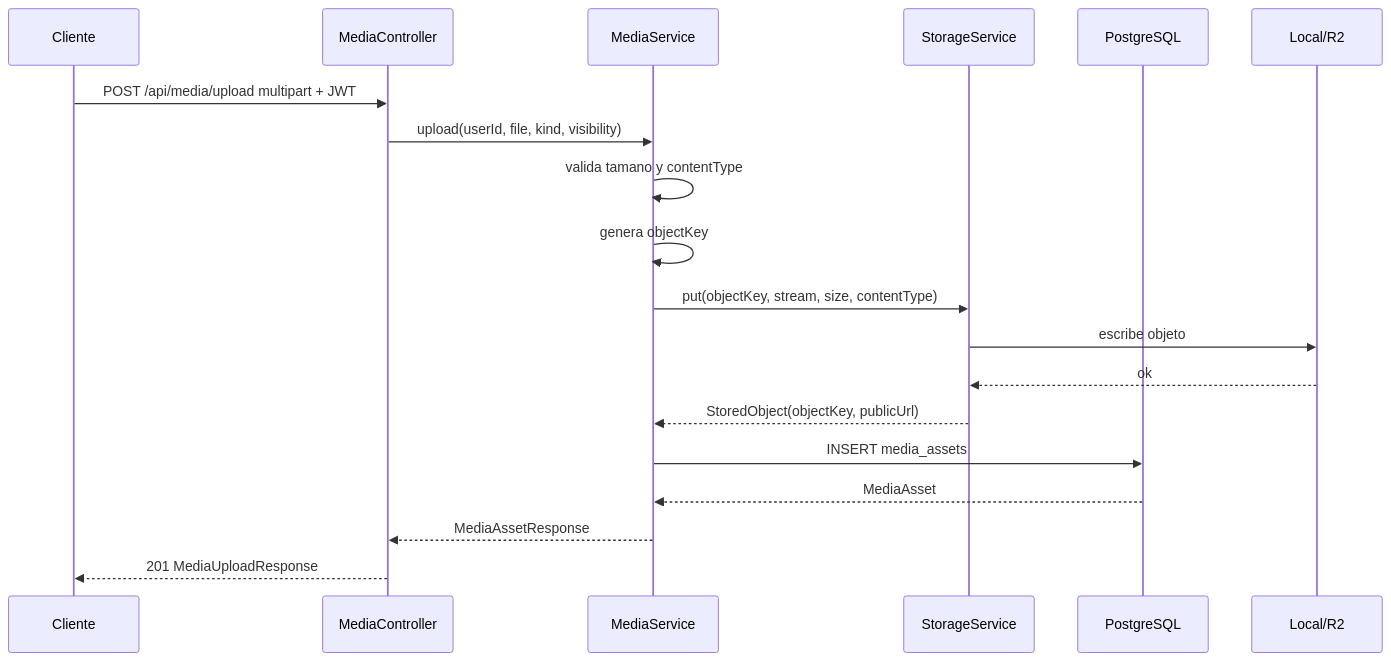
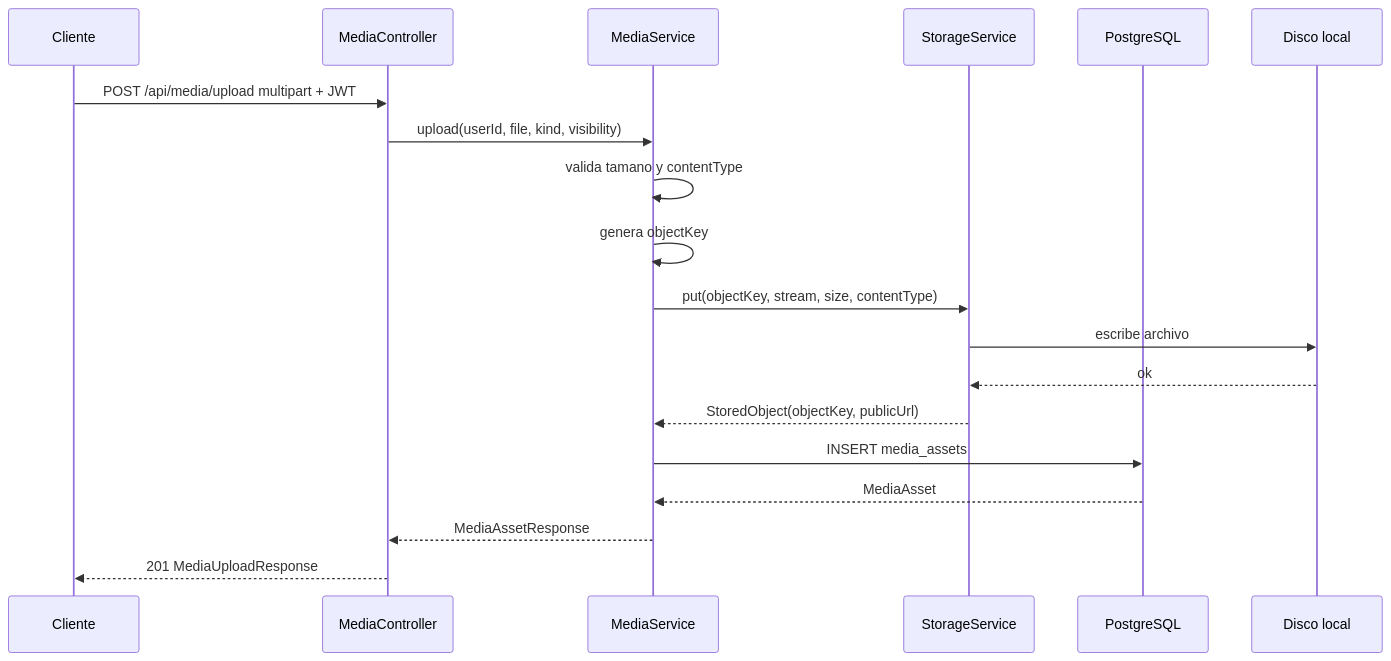
Before and after one commit to ualaor983/versus2026: the second of 2 diagrams in docs/backend/modules/media.md, drawn with Mermaid. The commit also changed other lines of this file and 9 other files, not shown here.

````diff
--- a/docs/backend/modules/media.md
+++ b/docs/backend/modules/media.md
@@ -301,22 +306,22 @@
 ```mermaid
 sequenceDiagram
     participant C as Cliente
     participant MC as MediaController
     participant MS as MediaService
     participant SS as StorageService
     participant DB as PostgreSQL
-    participant Store as Local/R2
+    participant Disk as Disco local
 
     C->>MC: POST /api/media/upload multipart + JWT
     MC->>MS: upload(userId, file, kind, visibility)
     MS->>MS: valida tamano y contentType
     MS->>MS: genera objectKey
     MS->>SS: put(objectKey, stream, size, contentType)
-    SS->>Store: escribe objeto
-    Store-->>SS: ok
+    SS->>Disk: escribe archivo
+    Disk-->>SS: ok
     SS-->>MS: StoredObject(objectKey, publicUrl)
     MS->>DB: INSERT media_assets
     DB-->>MS: MediaAsset
     MS-->>MC: MediaAssetResponse
     MC-->>C: 201 MediaUploadResponse
 ```
````
